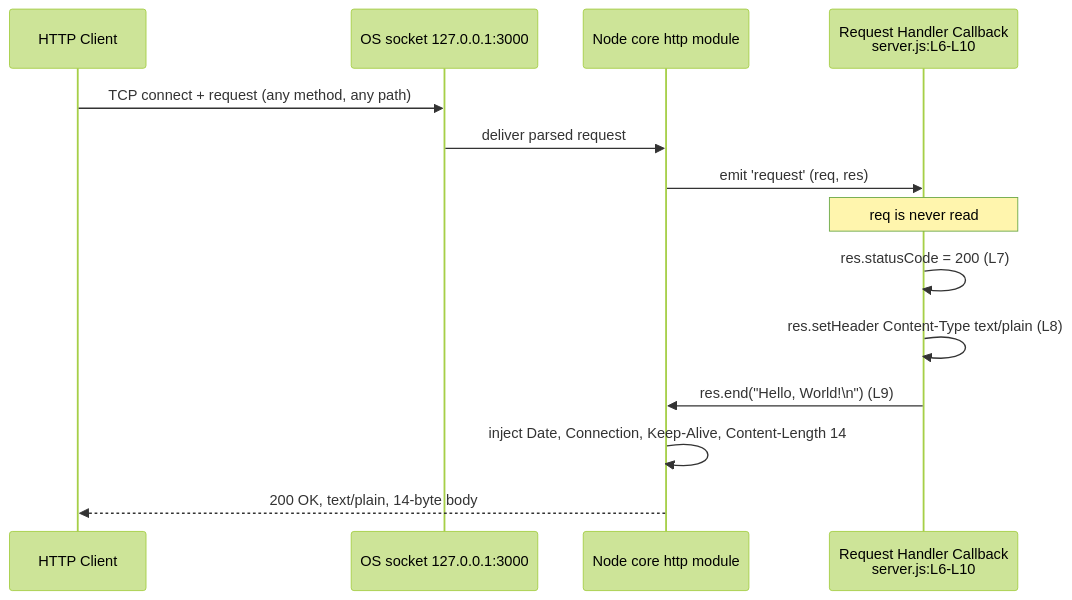
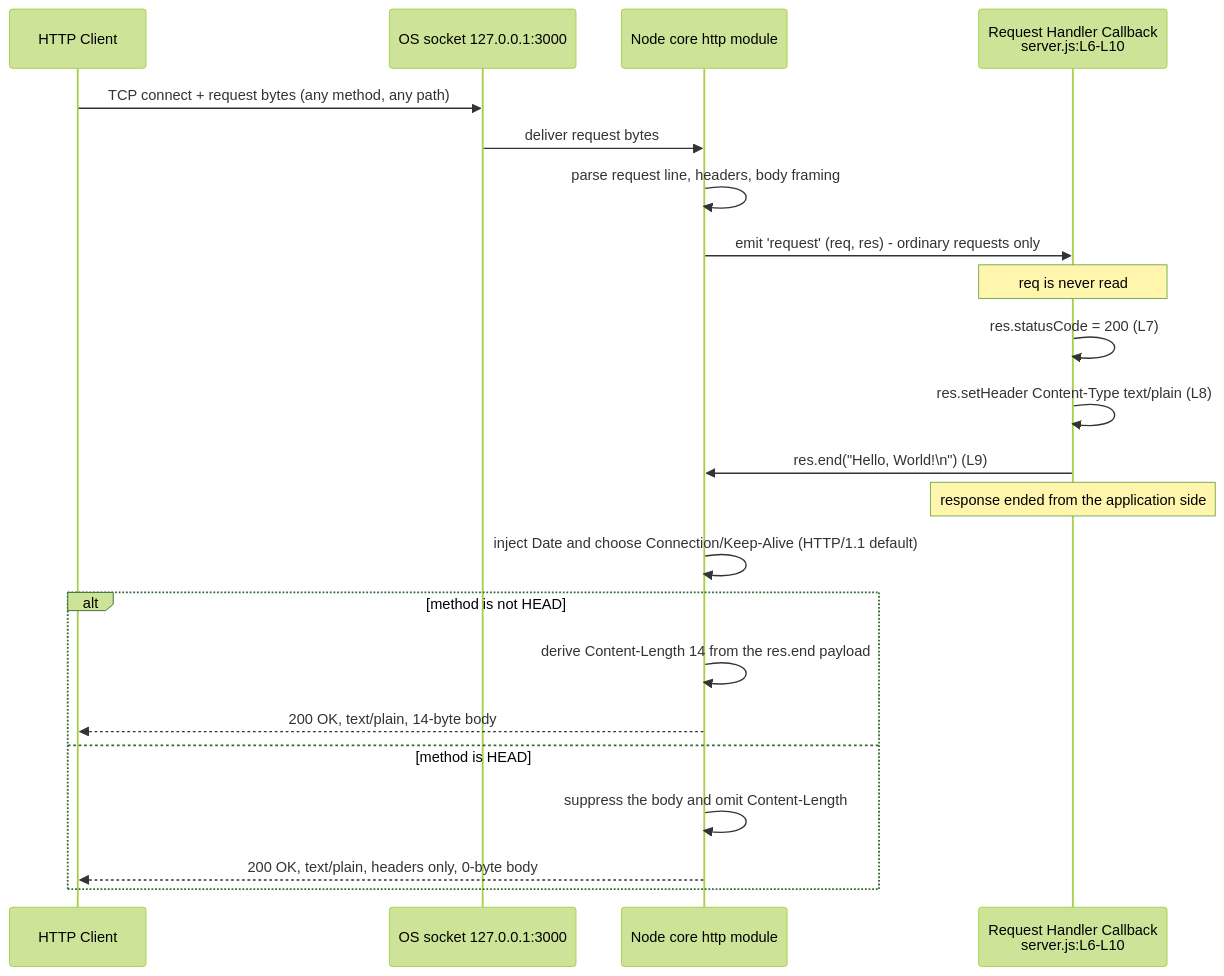
One commit to ajitblitzy/Ajit_GH_Repo-12-Mar-26 changed the first of 2 diagrams in docs/architecture/request-lifecycle.md. Above: the diagram before and after it, drawn with Mermaid (forest theme). The commit also changed other lines of this file and 13 other files, not shown here.

````diff
--- a/docs/architecture/request-lifecycle.md
+++ b/docs/architecture/request-lifecycle.md
@@ -122,18 +192,28 @@
 ```mermaid
 sequenceDiagram
     participant C as HTTP Client
     participant OS as OS socket 127.0.0.1:3000
     participant N as Node core http module
     participant H as Request Handler Callback<br/>server.js:L6-L10
-    C->>OS: TCP connect + request (any method, any path)
-    OS->>N: deliver parsed request
-    N->>H: emit 'request' (req, res)
+    C->>OS: TCP connect + request bytes (any method, any path)
+    OS->>N: deliver request bytes
+    N->>N: parse request line, headers, body framing
+    N->>H: emit 'request' (req, res) - ordinary requests only
     Note over H: req is never read
     H->>H: res.statusCode = 200 (L7)
     H->>H: res.setHeader Content-Type text/plain (L8)
     H->>N: res.end("Hello, World!\n") (L9)
-    N->>N: inject Date, Connection, Keep-Alive, Content-Length 14
-    N-->>C: 200 OK, text/plain, 14-byte body
-%% Node-injected headers are shown deliberately as runtime
-%% behavior, and not as application behavior
+    Note over H: response ended from the application side
+    N->>N: inject Date and choose Connection/Keep-Alive (HTTP/1.1 default)
+    alt method is not HEAD
+        N->>N: derive Content-Length 14 from the res.end payload
+        N-->>C: 200 OK, text/plain, 14-byte body
+    else method is HEAD
+        N->>N: suppress the body and omit Content-Length
+        N-->>C: 200 OK, text/plain, headers only, 0-byte body
+    end
+%% The parse step, the injected headers and the HEAD branch are shown
+%% deliberately as runtime behavior, and not as application behavior.
+%% Connection and Keep-Alive are the runtime's conditional choice, shown
+%% here on the default HTTP/1.1 branch.
 ```
````
